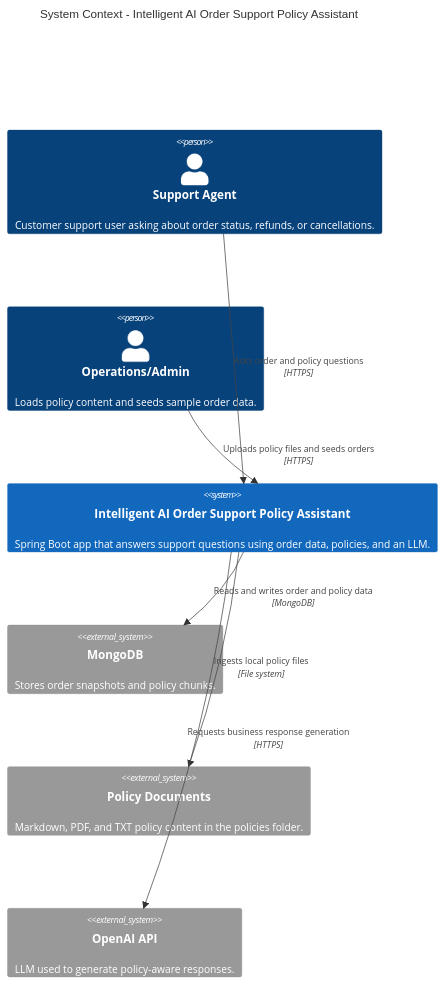
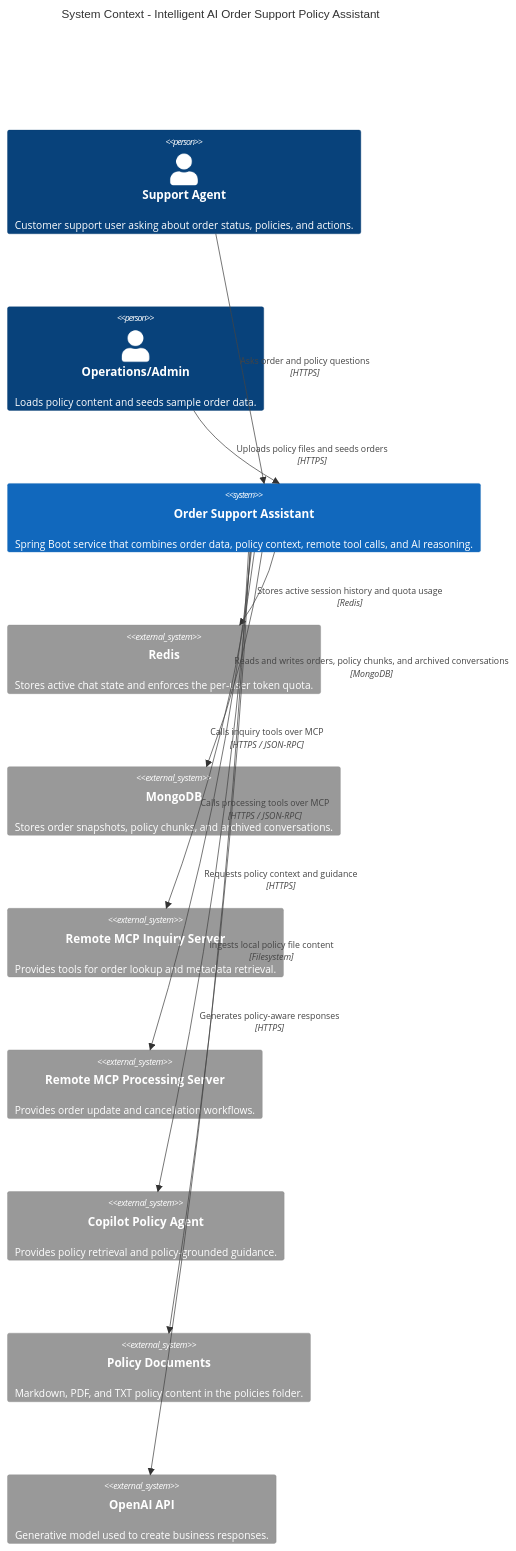
Before and after one commit to naikrajendra/IntelligentAIOrderSupportPolicyAssistant: the first of 3 diagrams in docs/architecture.md, drawn with Mermaid. The commit also changed other lines of this file and 18 other files, not shown here.

Commit message:
Add remote MCP docs, Redis chat state, and optimized LLM context

````diff
--- a/docs/architecture.md
+++ b/docs/architecture.md
@@ -7,17 +7,25 @@
 ```mermaid
 C4Context
 title System Context - Intelligent AI Order Support Policy Assistant
 
-Person(supportAgent, "Support Agent", "Customer support user asking about order status, refunds, or cancellations.")
+Person(supportAgent, "Support Agent", "Customer support user asking about order status, policies, and actions.")
 Person(admin, "Operations/Admin", "Loads policy content and seeds sample order data.")
-System(orderSupportSystem, "Intelligent AI Order Support Policy Assistant", "Spring Boot app that answers support questions using order data, policies, and an LLM.")
-System_Ext(mongo, "MongoDB", "Stores order snapshots and policy chunks.")
+System(orderSupportSystem, "Order Support Assistant", "Spring Boot service that combines order data, policy context, remote tool calls, and AI reasoning.")
+System_Ext(redis, "Redis", "Stores active chat state and enforces the per-user token quota.")
+System_Ext(mongo, "MongoDB", "Stores order snapshots, policy chunks, and archived conversations.")
+System_Ext(mcpInquiry, "Remote MCP Inquiry Server", "Provides tools for order lookup and metadata retrieval.")
+System_Ext(mcpProcessing, "Remote MCP Processing Server", "Provides order update and cancellation workflows.")
+System_Ext(policyCopilot, "Copilot Policy Agent", "Provides policy retrieval and policy-grounded guidance.")
 System_Ext(policyDocs, "Policy Documents", "Markdown, PDF, and TXT policy content in the policies folder.")
-System_Ext(openAi, "OpenAI API", "LLM used to generate policy-aware responses.")
+System_Ext(openAi, "OpenAI API", "Generative model used to create business responses.")
 
 Rel(supportAgent, orderSupportSystem, "Asks order and policy questions", "HTTPS")
 Rel(admin, orderSupportSystem, "Uploads policy files and seeds orders", "HTTPS")
-Rel(orderSupportSystem, mongo, "Reads and writes order and policy data", "MongoDB")
-Rel(orderSupportSystem, policyDocs, "Ingests local policy files", "File system")
-Rel(orderSupportSystem, openAi, "Requests business response generation", "HTTPS")
+Rel(orderSupportSystem, redis, "Stores active session history and quota usage", "Redis")
+Rel(orderSupportSystem, mongo, "Reads and writes orders, policy chunks, and archived conversations", "MongoDB")
+Rel(orderSupportSystem, mcpInquiry, "Calls inquiry tools over MCP", "HTTPS / JSON-RPC")
+Rel(orderSupportSystem, mcpProcessing, "Calls processing tools over MCP", "HTTPS / JSON-RPC")
+Rel(orderSupportSystem, policyCopilot, "Requests policy context and guidance", "HTTPS")
+Rel(orderSupportSystem, openAi, "Generates policy-aware responses", "HTTPS")
+Rel(orderSupportSystem, policyDocs, "Ingests local policy file content", "Filesystem")
 ```
````
